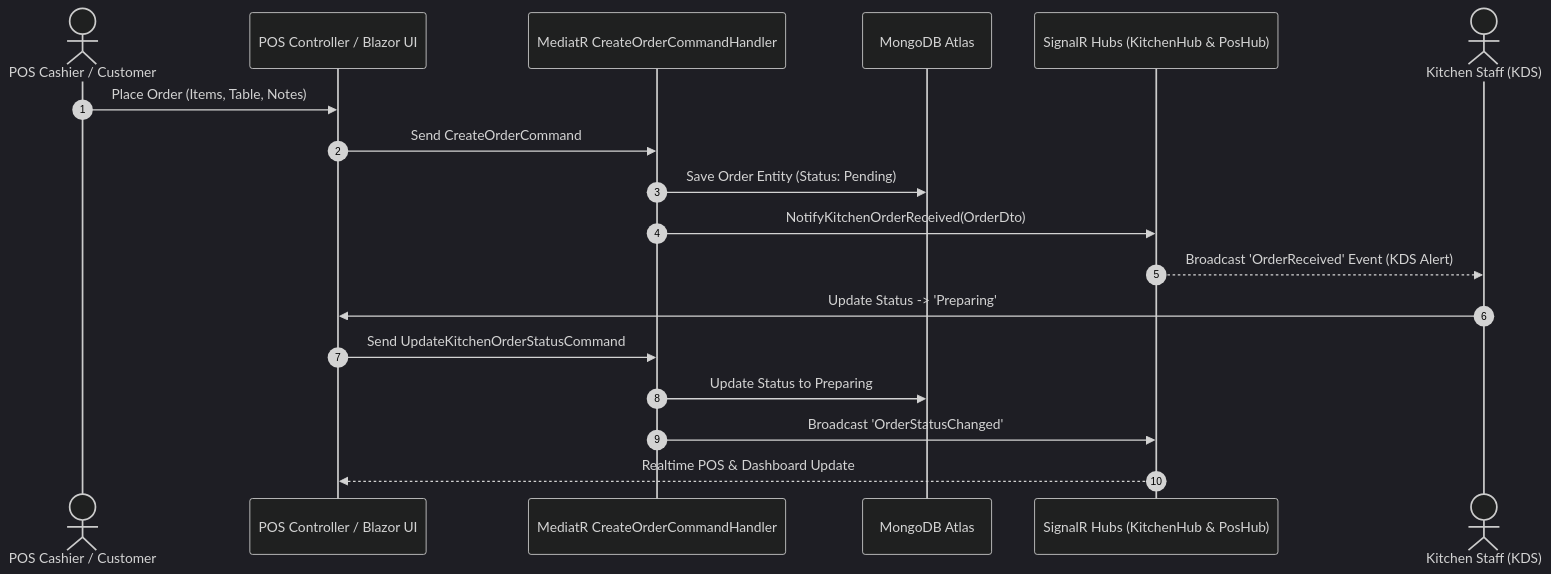
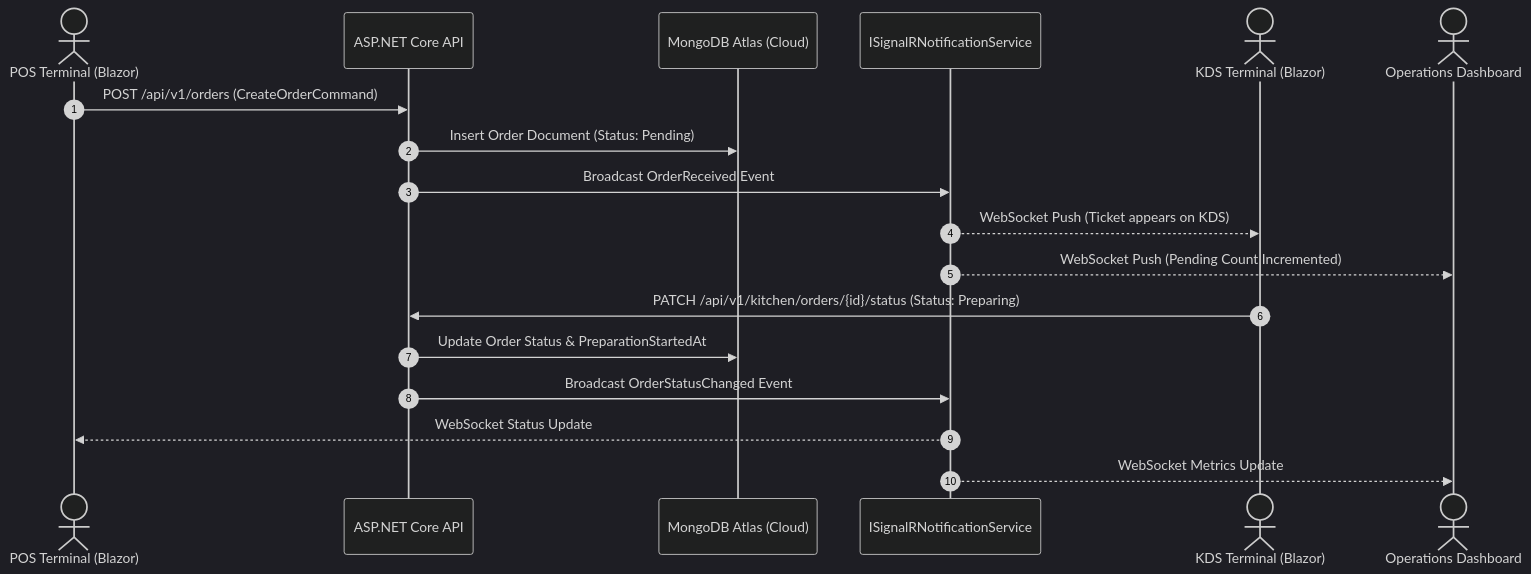
Before and after one commit to shammichalas/cafesphere-API: the diagram in README.md, drawn with Mermaid (dark theme). The commit also changed other lines of this file and 15 other files, not shown here.

Commit message:
feat(realtime): implement real persistent CQRS handlers, MongoDB aggregations, SignalR WebSockets loop, and unit tests

````diff
--- a/README.md
+++ b/README.md
@@ -68,21 +42,22 @@
 ```mermaid
 sequenceDiagram
     autonumber
-    actor Cashier as POS Cashier / Customer
-    participant POS as POS Controller / Blazor UI
-    participant CQRS as MediatR CreateOrderCommandHandler
-    participant DB as MongoDB Atlas
-    participant SignalR as SignalR Hubs (KitchenHub & PosHub)
-    actor Kitchen as Kitchen Staff (KDS)
+    actor Cashier as POS Terminal (Blazor)
+    participant API as ASP.NET Core API
+    participant Mongo as MongoDB Atlas (Cloud)
+    participant SignalR as ISignalRNotificationService
+    actor Kitchen as KDS Terminal (Blazor)
+    actor Dash as Operations Dashboard
 
-    Cashier->>POS: Place Order (Items, Table, Notes)
-    POS->>CQRS: Send CreateOrderCommand
-    CQRS->>DB: Save Order Entity (Status: Pending)
-    CQRS->>SignalR: NotifyKitchenOrderReceived(OrderDto)
-    SignalR-->>Kitchen: Broadcast 'OrderReceived' Event (KDS Alert)
-    Kitchen->>POS: Update Status -> 'Preparing'
-    POS->>CQRS: Send UpdateKitchenOrderStatusCommand
-    CQRS->>DB: Update Status to Preparing
-    CQRS->>SignalR: Broadcast 'OrderStatusChanged'
-    SignalR-->>POS: Realtime POS & Dashboard Update
+    Cashier->>API: POST /api/v1/orders (CreateOrderCommand)
+    API->>Mongo: Insert Order Document (Status: Pending)
+    API->>SignalR: Broadcast OrderReceived Event
+    SignalR-->>Kitchen: WebSocket Push (Ticket appears on KDS)
+    SignalR-->>Dash: WebSocket Push (Pending Count Incremented)
+
+    Kitchen->>API: PATCH /api/v1/kitchen/orders/{id}/status (Status: Preparing)
+    API->>Mongo: Update Order Status & PreparationStartedAt
+    API->>SignalR: Broadcast OrderStatusChanged Event
+    SignalR-->>Cashier: WebSocket Status Update
+    SignalR-->>Dash: WebSocket Metrics Update
 ```
````
